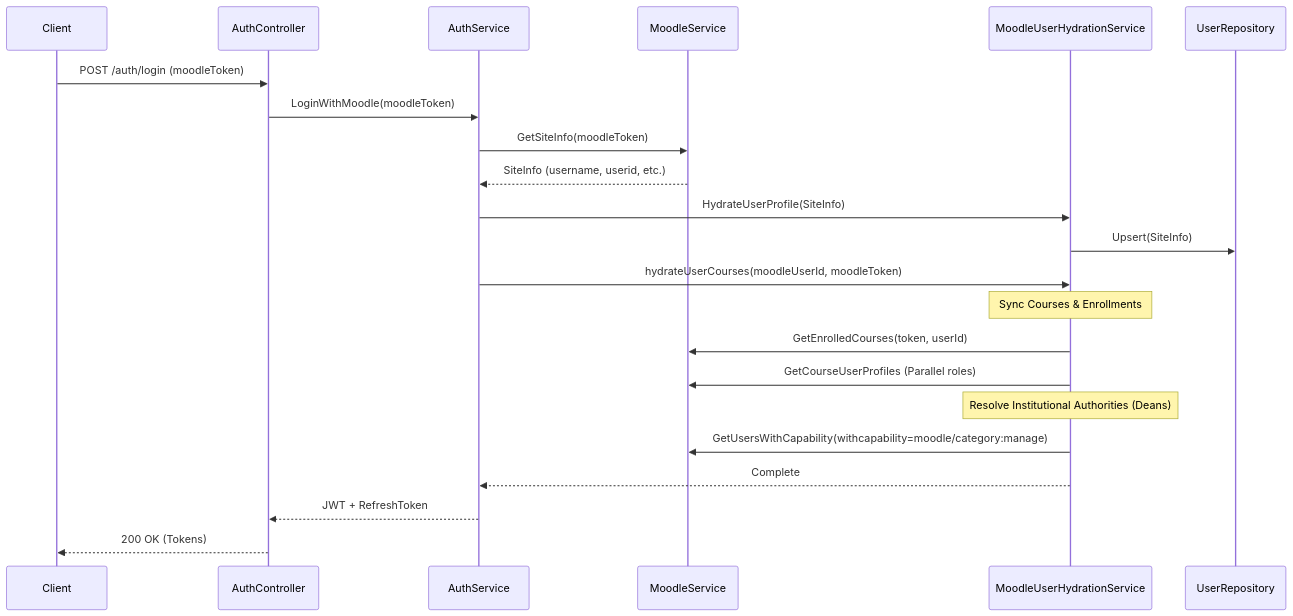
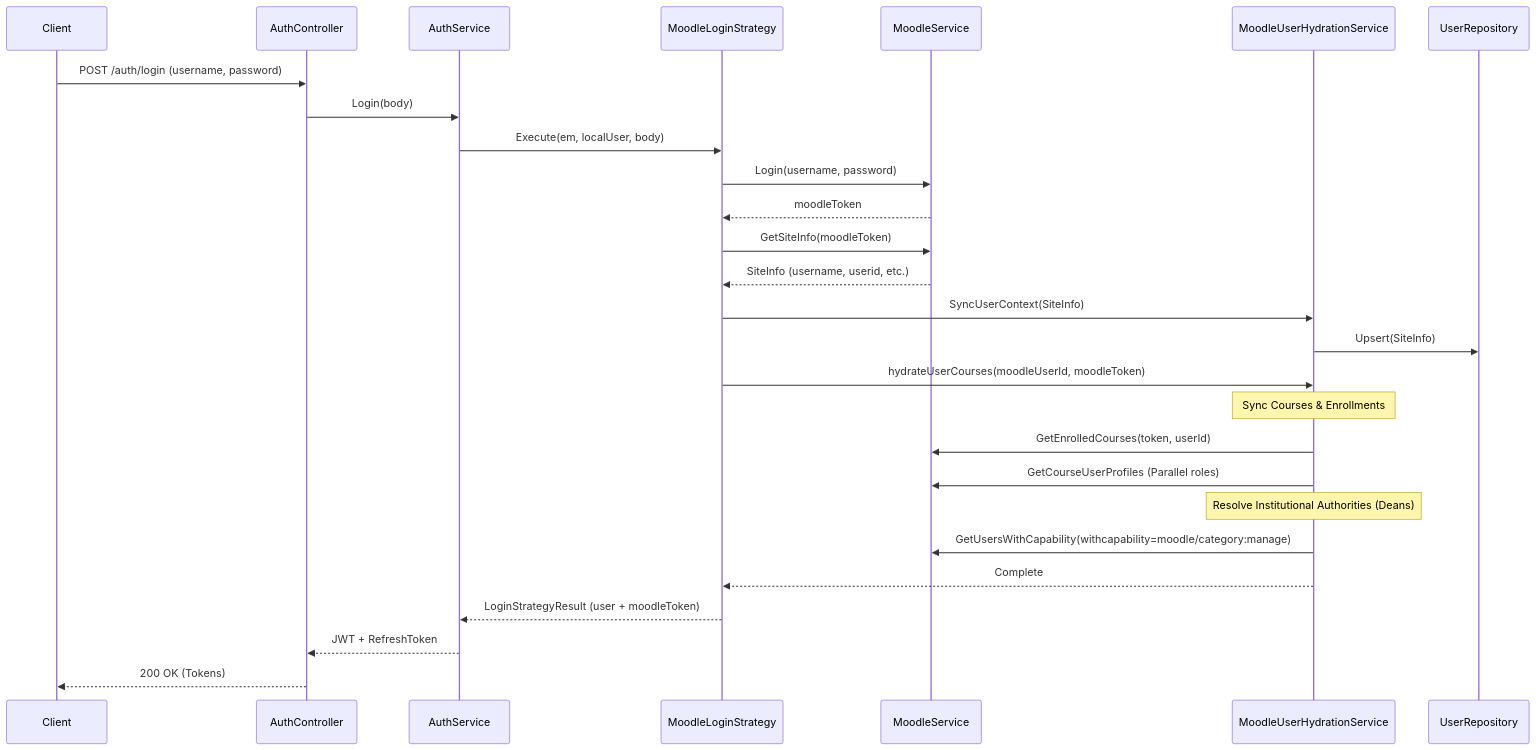
Before and after one commit to CtrlAltElite-Devs/api.faculytics: the second of 2 diagrams in docs/workflows/auth-hydration.md, drawn with Mermaid. The commit also changed other lines of this file and 5 other files, not shown here.

````diff
--- a/docs/workflows/auth-hydration.md
+++ b/docs/workflows/auth-hydration.md
@@ -5,28 +35,33 @@
 ```mermaid
 sequenceDiagram
     participant Client
     participant AuthController
     participant AuthService
+    participant MoodleLoginStrategy
     participant MoodleService
     participant MoodleUserHydrationService
     participant UserRepository
 
-    Client->>AuthController: POST /auth/login (moodleToken)
-    AuthController->>AuthService: LoginWithMoodle(moodleToken)
-    AuthService->>MoodleService: GetSiteInfo(moodleToken)
-    MoodleService-->>AuthService: SiteInfo (username, userid, etc.)
-    AuthService->>MoodleUserHydrationService: HydrateUserProfile(SiteInfo)
+    Client->>AuthController: POST /auth/login (username, password)
+    AuthController->>AuthService: Login(body)
+    AuthService->>MoodleLoginStrategy: Execute(em, localUser, body)
+    MoodleLoginStrategy->>MoodleService: Login(username, password)
+    MoodleService-->>MoodleLoginStrategy: moodleToken
+    MoodleLoginStrategy->>MoodleService: GetSiteInfo(moodleToken)
+    MoodleService-->>MoodleLoginStrategy: SiteInfo (username, userid, etc.)
+    MoodleLoginStrategy->>MoodleUserHydrationService: SyncUserContext(SiteInfo)
     MoodleUserHydrationService->>UserRepository: Upsert(SiteInfo)
-    AuthService->>MoodleUserHydrationService: hydrateUserCourses(moodleUserId, moodleToken)
+    MoodleLoginStrategy->>MoodleUserHydrationService: hydrateUserCourses(moodleUserId, moodleToken)
 
     Note over MoodleUserHydrationService: Sync Courses & Enrollments
     MoodleUserHydrationService->>MoodleService: GetEnrolledCourses(token, userId)
     MoodleUserHydrationService->>MoodleService: GetCourseUserProfiles (Parallel roles)
 
     Note over MoodleUserHydrationService: Resolve Institutional Authorities (Deans)
     MoodleUserHydrationService->>MoodleService: GetUsersWithCapability(withcapability=moodle/category:manage)
 
-    MoodleUserHydrationService-->>AuthService: Complete
+    MoodleUserHydrationService-->>MoodleLoginStrategy: Complete
+    MoodleLoginStrategy-->>AuthService: LoginStrategyResult (user + moodleToken)
     AuthService-->>AuthController: JWT + RefreshToken
     AuthController-->>Client: 200 OK (Tokens)
 ```
````
